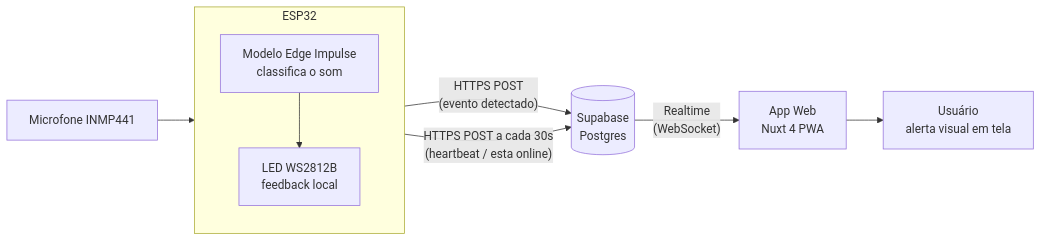
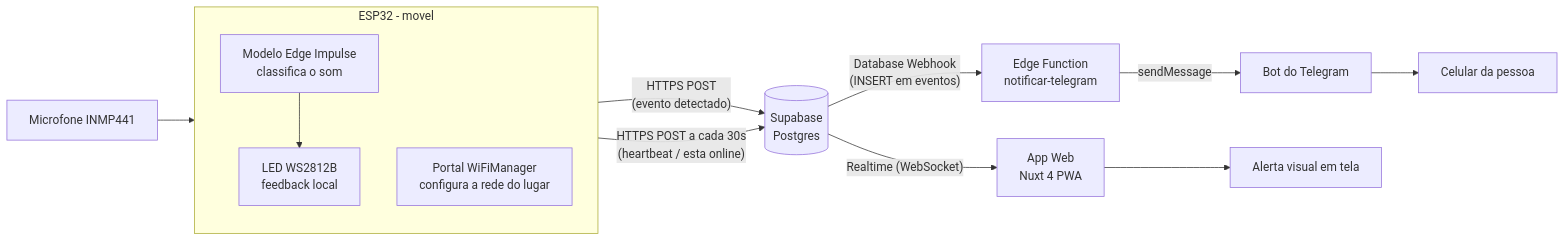
The diagram in README.md (Joao-Strelow/alerta-sons-esp32), drawn with Mermaid before and after one commit. The commit also changed other lines of this file and 4 other files, not shown here.

First line of the commit message:
Adiciona alerta no Telegram e WiFi movel (WiFiManager)

````diff
--- a/README.md
+++ b/README.md
@@ -11,13 +11,17 @@
 ```mermaid
 flowchart LR
     MIC[Microfone INMP441] --> ESP32
-    subgraph ESP32[ESP32]
+    subgraph ESP32[ESP32 - movel]
         DSP[Modelo Edge Impulse\nclassifica o som]
         LED[LED WS2812B\nfeedback local]
+        WM[Portal WiFiManager\nconfigura a rede do lugar]
         DSP --> LED
     end
     ESP32 -- "HTTPS POST\n(evento detectado)" --> DB[(Supabase\nPostgres)]
     ESP32 -- "HTTPS POST a cada 30s\n(heartbeat / esta online)" --> DB
-    DB -- "Realtime\n(WebSocket)" --> WEB[App Web\nNuxt 4 PWA]
-    WEB --> USR[Usuário\nalerta visual em tela]
+    DB -- "Realtime (WebSocket)" --> WEB[App Web\nNuxt 4 PWA]
+    DB -- "Database Webhook\n(INSERT em eventos)" --> FN[Edge Function\nnotificar-telegram]
+    FN -- "sendMessage" --> TG[Bot do Telegram]
+    TG --> CEL[Celular da pessoa]
+    WEB --> USR[Alerta visual em tela]
 ```
````
